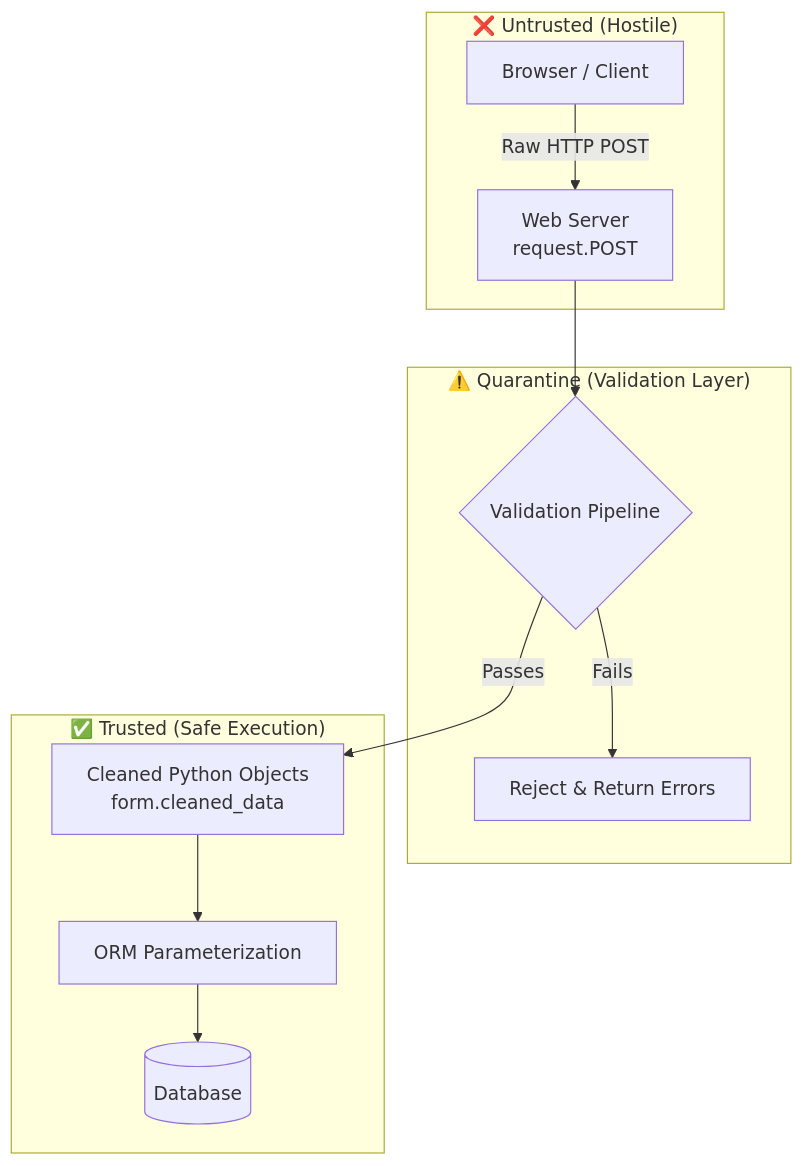
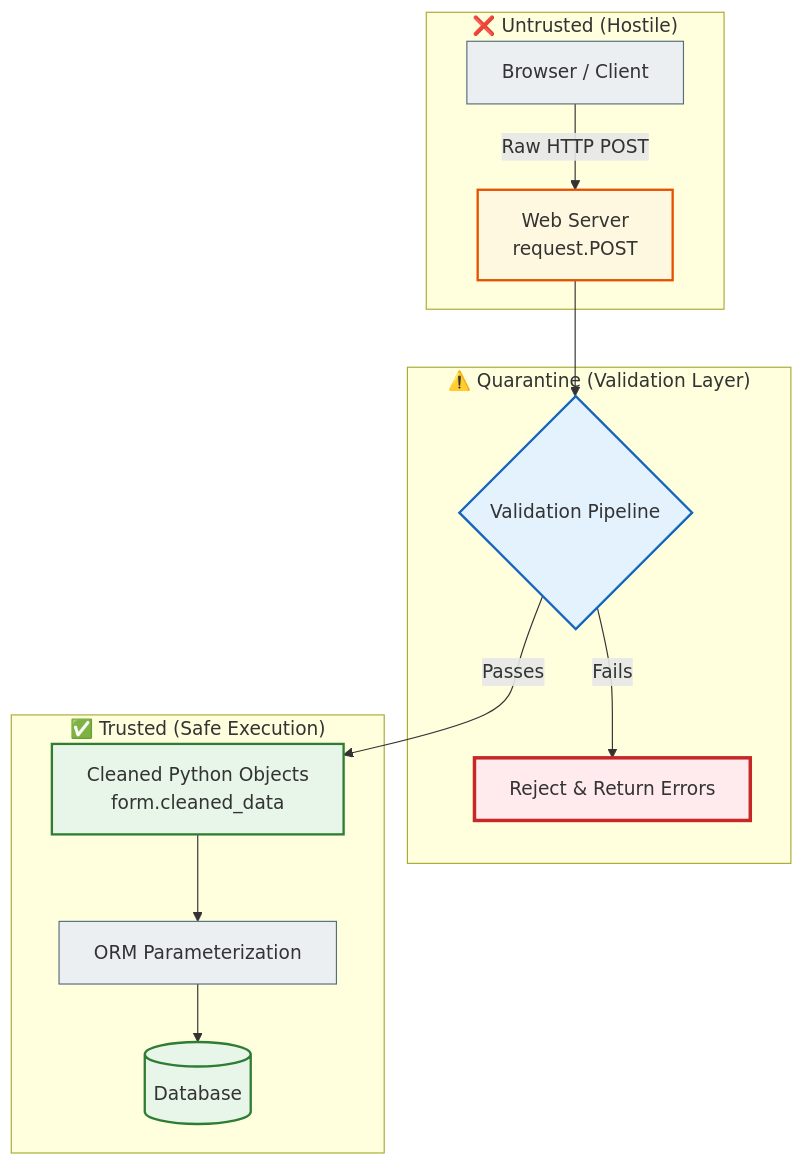
Before and after one commit to NikoriakViktot/notes_chat_app: the first of 4 diagrams in docs/03_database_and_orm/relational_db_foundations_full.md, drawn with Mermaid. The commit also changed other lines of this file and 441 other files, not shown here.

First line of the commit message:
Add English version of the book, Mermaid standard, docs fixes

````diff
--- a/docs/03_database_and_orm/relational_db_foundations_full.md
+++ b/docs/03_database_and_orm/relational_db_foundations_full.md
@@ -838,17 +838,28 @@
 ```mermaid
 graph TD
     subgraph Hostile["❌ Untrusted (Hostile)"]
-        A["Browser / Client"] -->|Raw HTTP POST| B["Web Server\nrequest.POST"]
+        A["Browser / Client"] -->|Raw HTTP POST| B["Web Server<br>request.POST"]
     end
 
     subgraph Quarantine["⚠️ Quarantine (Validation Layer)"]
         B --> C{Validation Pipeline}
         C -- Fails --> D["Reject & Return Errors"]
     end
 
     subgraph Trusted["✅ Trusted (Safe Execution)"]
-        C -- Passes --> E["Cleaned Python Objects\nform.cleaned_data"]
+        C -- Passes --> E["Cleaned Python Objects<br>form.cleaned_data"]
         E --> F["ORM Parameterization"]
         F --> G[(Database)]
     end
+
+    classDef step     fill:#eceff1,stroke:#546e7a,stroke-width:1px;
+    classDef decision fill:#e3f2fd,stroke:#1565c0,stroke-width:2px;
+    classDef success  fill:#e8f5e9,stroke:#2e7d32,stroke-width:2px;
+    classDef error    fill:#ffebee,stroke:#c62828,stroke-width:3px;
+    classDef warning  fill:#fff8e1,stroke:#e65100,stroke-width:2px;
+    class A,F step;
+    class C decision;
+    class E,G success;
+    class D error;
+    class B warning;
 ```
````
